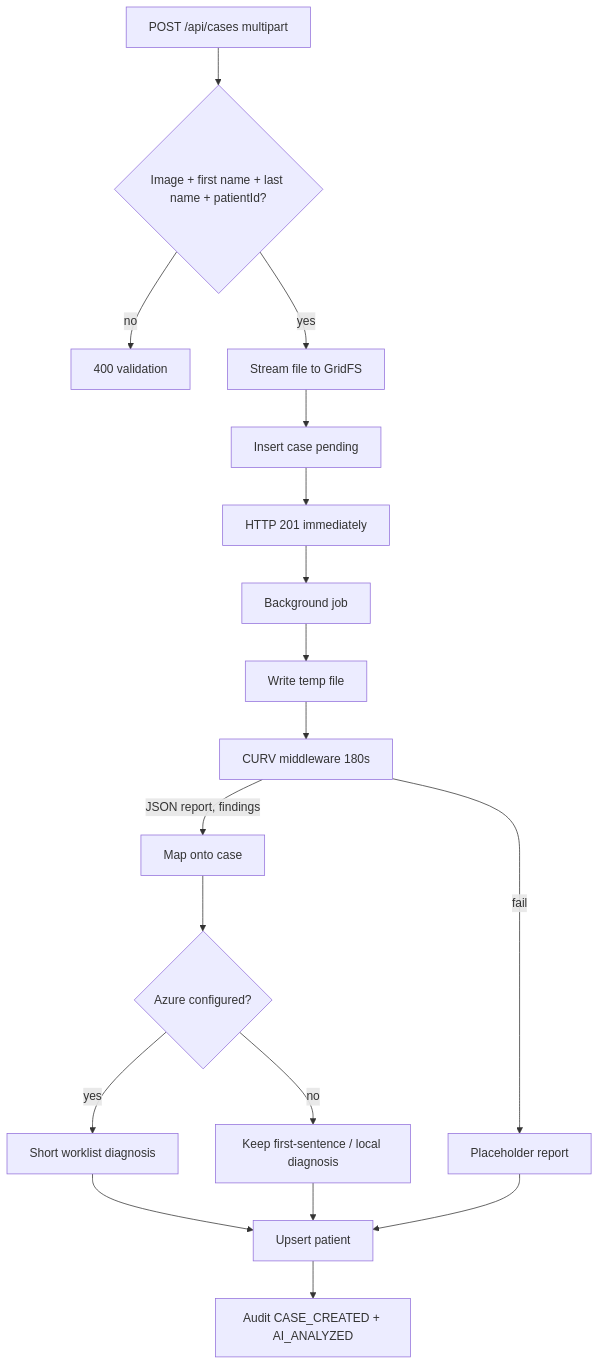
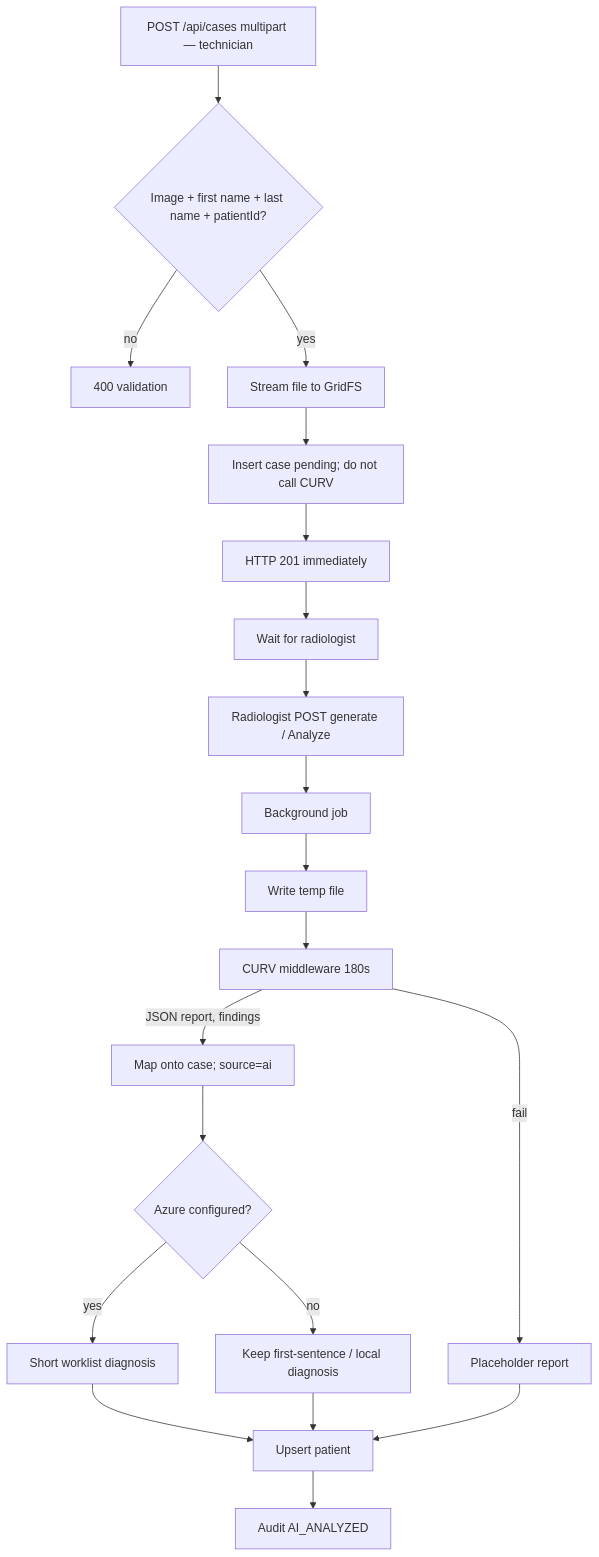
The third of 7 diagrams in docs/fyp-project-plan-and-initial-analysis.md (23226609/Radassist), drawn with Mermaid before and after one commit. The commit also changed other lines of this file and 53 other files, not shown here.

````diff
--- a/docs/fyp-project-plan-and-initial-analysis.md
+++ b/docs/fyp-project-plan-and-initial-analysis.md
@@ -555,20 +581,22 @@
 ```mermaid
 flowchart TD
-  S[POST /api/cases multipart] --> V{Image + first name + last name + patientId?}
+  S[POST /api/cases multipart — technician] --> V{Image + first name + last name + patientId?}
   V -->|no| E1[400 validation]
   V -->|yes| GFS[Stream file to GridFS]
-  GFS --> SAVE[Insert case pending]
+  GFS --> SAVE[Insert case pending; do not call CURV]
   SAVE --> R201[HTTP 201 immediately]
-  R201 --> BG[Background job]
+  R201 --> WAIT[Wait for radiologist]
+  WAIT --> CLICK[Radiologist POST generate / Analyze]
+  CLICK --> BG[Background job]
   BG --> TMP[Write temp file]
   TMP --> AI[CURV middleware 180s]
-  AI -->|JSON report, findings| MAP[Map onto case]
+  AI -->|JSON report, findings| MAP[Map onto case; source=ai]
   MAP --> AZ{Azure configured?}
   AZ -->|yes| DIAG[Short worklist diagnosis]
   AZ -->|no| LOCAL[Keep first-sentence / local diagnosis]
   DIAG --> UP[Upsert patient]
   LOCAL --> UP
-  UP --> AUD[Audit CASE_CREATED + AI_ANALYZED]
+  UP --> AUD[Audit AI_ANALYZED]
   AI -->|fail| PH[Placeholder report]
   PH --> UP
 ```
````
